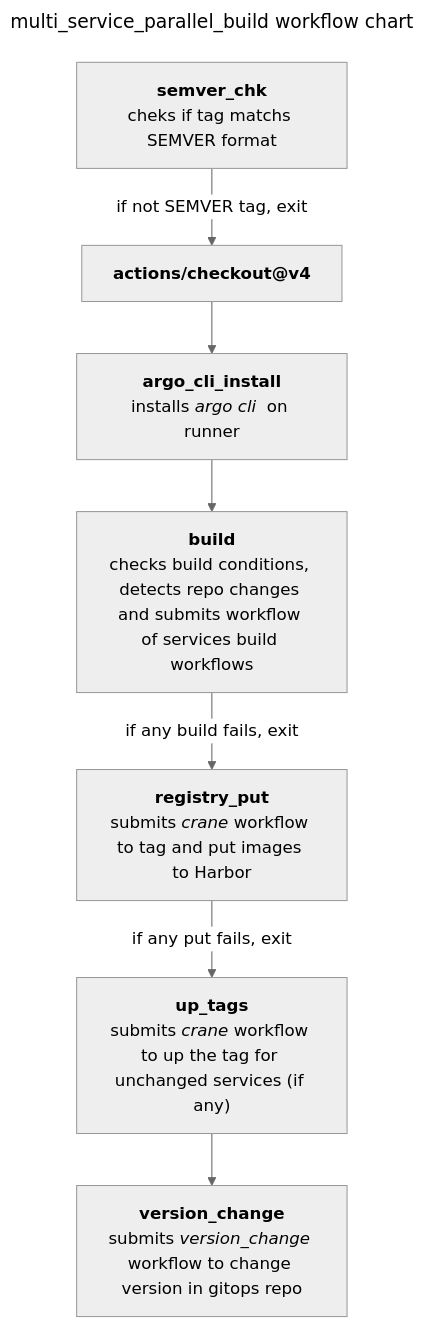
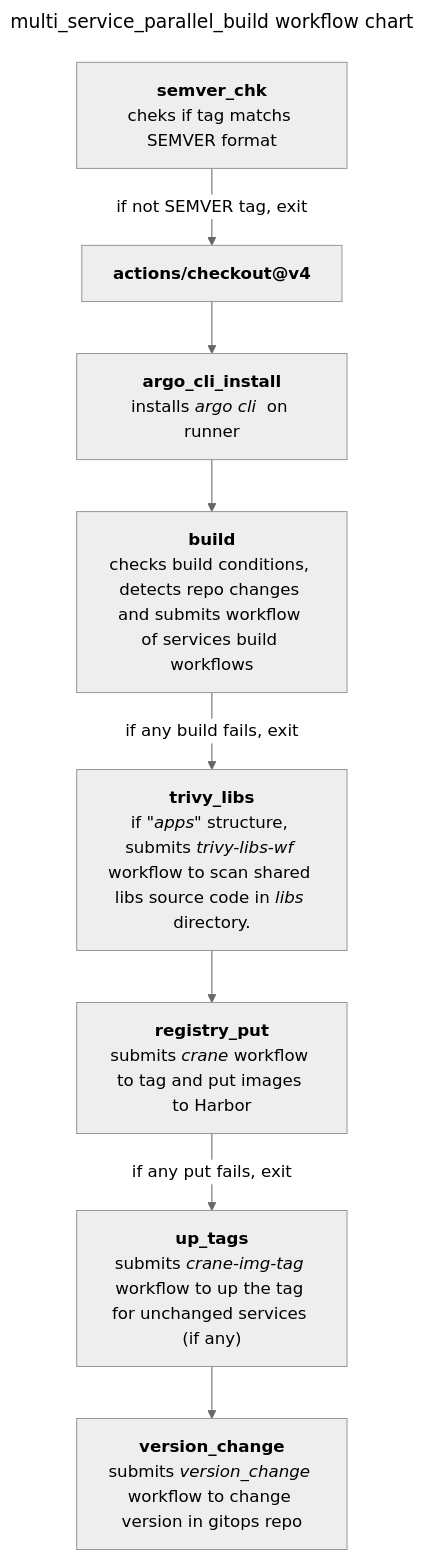
Before and after one commit to CloudGeometry/cg-devx-docs: the diagram in docs/developers_guide/ci/GitHub_Action_Workflow.md, drawn with Mermaid (neutral theme). The commit also changed 4 other files, not shown here.

````diff
--- a/docs/developers_guide/ci/GitHub_Action_Workflow.md
+++ b/docs/developers_guide/ci/GitHub_Action_Workflow.md
@@ -4,25 +4,28 @@
 ```mermaid
 ---
 title: multi_service_parallel_build  workflow chart
 ---
 flowchart 
 n1["`**semver_chk**`"
 cheks if tag matchs SEMVER format
 ]--if not SEMVER tag, exit-->
 n2["`**actions/checkout@v4**`"
 ]-->
 n3["`**argo_cli_install**
 installs _argo cli_  on runner`"]-->
 n4["`**build**`"
 checks build conditions, detects repo changes and submits workflow of services build workflows 
 ]-- if any build fails, exit -->
+n41["`**trivy_libs**
+    if _#quot;apps#quot;_ structure, submits _trivy-libs-wf_ workflow to scan shared libs source code in _libs_ directory. 
+`"]-->
 n5["`**registry_put**
 submits _crane_ workflow to tag and put images to Harbor`"
 ]-- if any put fails, exit -->
 n6["`**up_tags**
-submits _crane_ workflow to up the tag for unchanged services (if any)
+submits _crane-img-tag_ workflow to up the tag for unchanged services (if any)
 `"]-->
 n7["`**version_change**
 submits _version_change_ workflow to change version in gitops repo
 `"]
 ```
````
